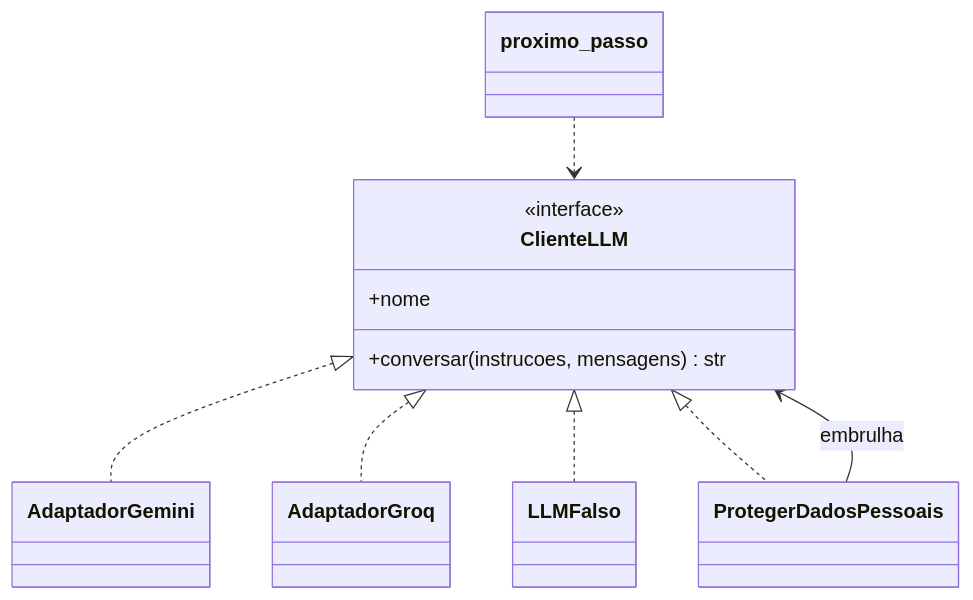
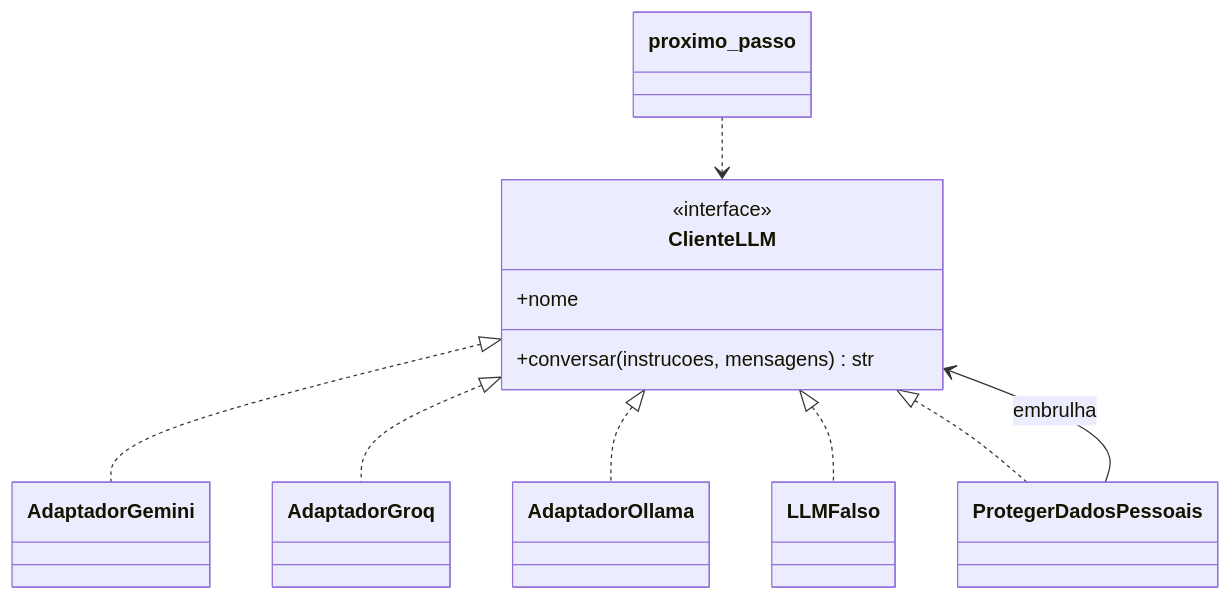
Before and after one commit to Simaooo27/recomendador-ucs-opcionais: the fourth of 4 diagrams in docs/geral/03-arquitetura-e-padroes.md, drawn with Mermaid. The commit also changed other lines of this file and 13 other files, not shown here.

First line of the commit message:
US30: ligar o servidor Ollama da faculdade (AdaptadorOllama, qwen3:4b)

````diff
--- a/docs/geral/03-arquitetura-e-padroes.md
+++ b/docs/geral/03-arquitetura-e-padroes.md
@@ -115,18 +115,20 @@
 ```mermaid
 classDiagram
     class ClienteLLM {
         <<interface>>
         +nome
         +conversar(instrucoes, mensagens) str
     }
     class AdaptadorGemini
     class AdaptadorGroq
+    class AdaptadorOllama
     class LLMFalso
     class ProtegerDadosPessoais
     ClienteLLM <|.. AdaptadorGemini
     ClienteLLM <|.. AdaptadorGroq
+    ClienteLLM <|.. AdaptadorOllama
     ClienteLLM <|.. LLMFalso
     ClienteLLM <|.. ProtegerDadosPessoais
     ProtegerDadosPessoais --> ClienteLLM : embrulha
     proximo_passo ..> ClienteLLM
 ```
````
